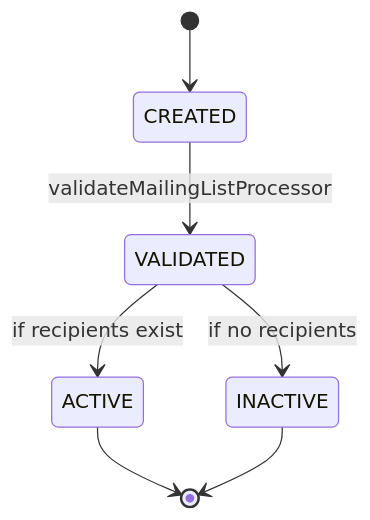
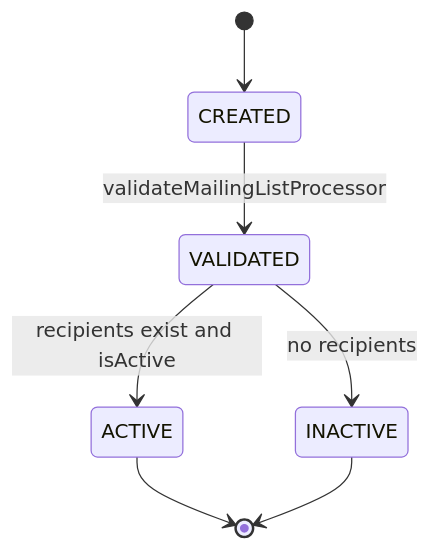
The third of 4 diagrams in src/main/java/com/java_template/prototype/functional_requirement.md (Cyoda-platform/java-client-template), drawn with Mermaid before and after one commit. The commit also changed other lines of this file, not shown here.

````diff
--- a/src/main/java/com/java_template/prototype/functional_requirement.md
+++ b/src/main/java/com/java_template/prototype/functional_requirement.md
@@ -70,9 +153,9 @@
 ```mermaid
 stateDiagram-v2
     [*] --> CREATED
     CREATED --> VALIDATED : validateMailingListProcessor
-    VALIDATED --> ACTIVE : if recipients exist
-    VALIDATED --> INACTIVE : if no recipients
+    VALIDATED --> ACTIVE : recipients exist and isActive
+    VALIDATED --> INACTIVE : no recipients
     ACTIVE --> [*]
     INACTIVE --> [*]
 ```
````
